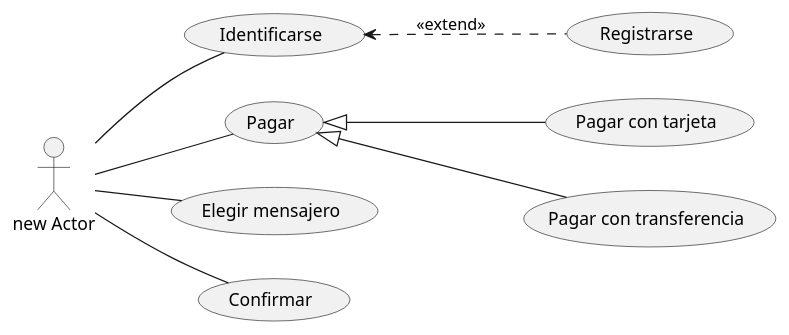
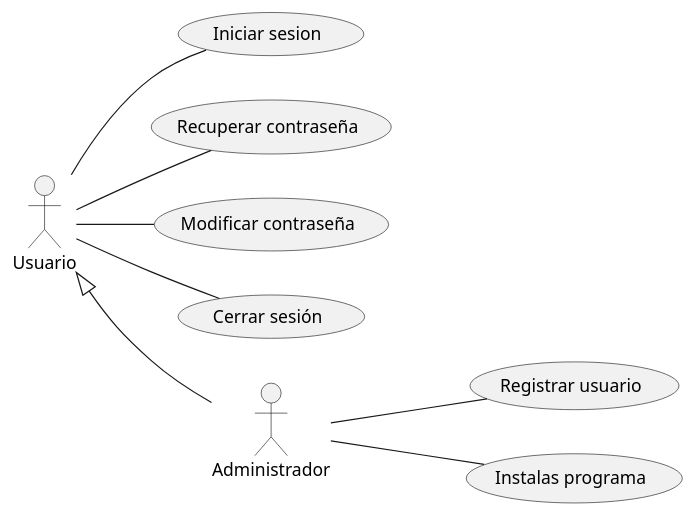
Before and after one commit to NuriaSan/Practica_Clases_PlantUml: the diagram in src/Proyecto.puml, drawn with PlantUML. The commit also changed 1 other file, not shown here.

```diff
--- a/src/Proyecto.puml
+++ b/src/Proyecto.puml
@@ -1,19 +1,19 @@
 @startuml
 left to right direction
-usecase "Identificarse" as id
-usecase "Pagar" as pa
-usecase "Elegir mensajero" as em
-usecase "Confirmar" as co
-usecase "Registrarse" as re
-usecase "Pagar con tarjeta" as pt
-usecase "Pagar con transferencia" as ptr
-    "new Actor" -- id
-    "new Actor" -- pa
-    "new Actor" -- em
-    "new Actor" -- co
-    pa <|-- pt
-    pa <|-- ptr
-    id <.. re : <<extend>>
+usecase "Iniciar sesion" as is
+usecase "Recuperar contraseña" as rc
+usecase "Modificar contraseña" as mc
+usecase "Cerrar sesión" as cs
+usecase "Registrar usuario" as ru
+usecase "Instalas programa" as ip
+    Usuario -- is
+    Usuario -- rc
+    Usuario -- mc
+    Usuario -- cs
+    Administrador -- ru
+    Administrador -- ip
+    Usuario <|-- Administrador
+
 
 
 @enduml
```
